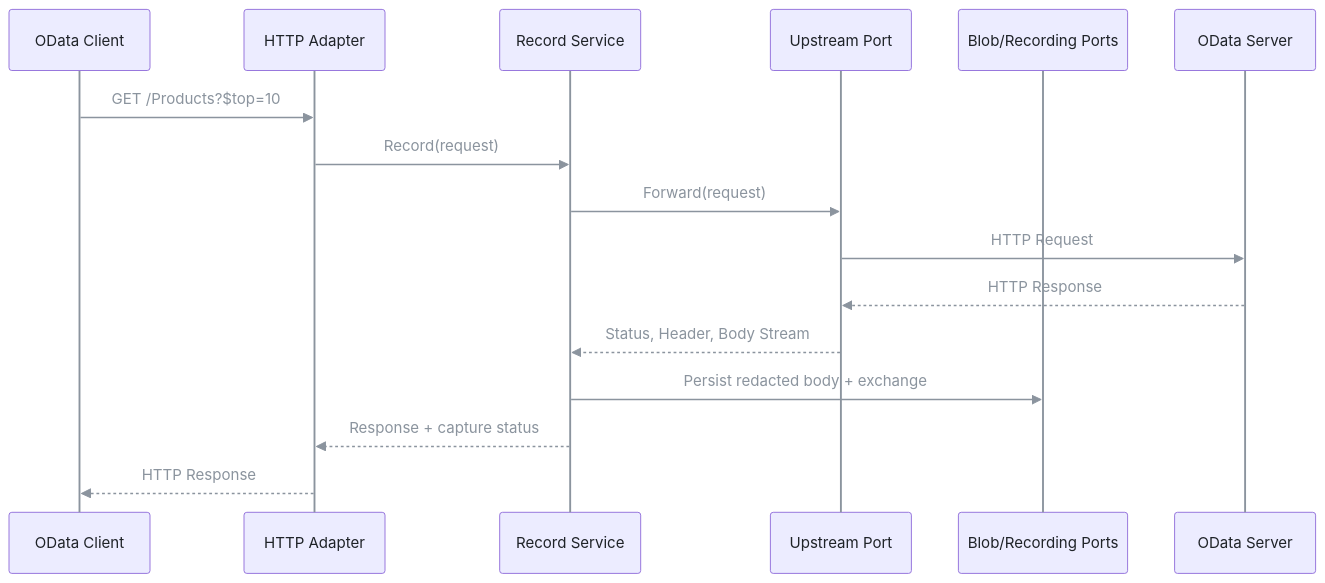
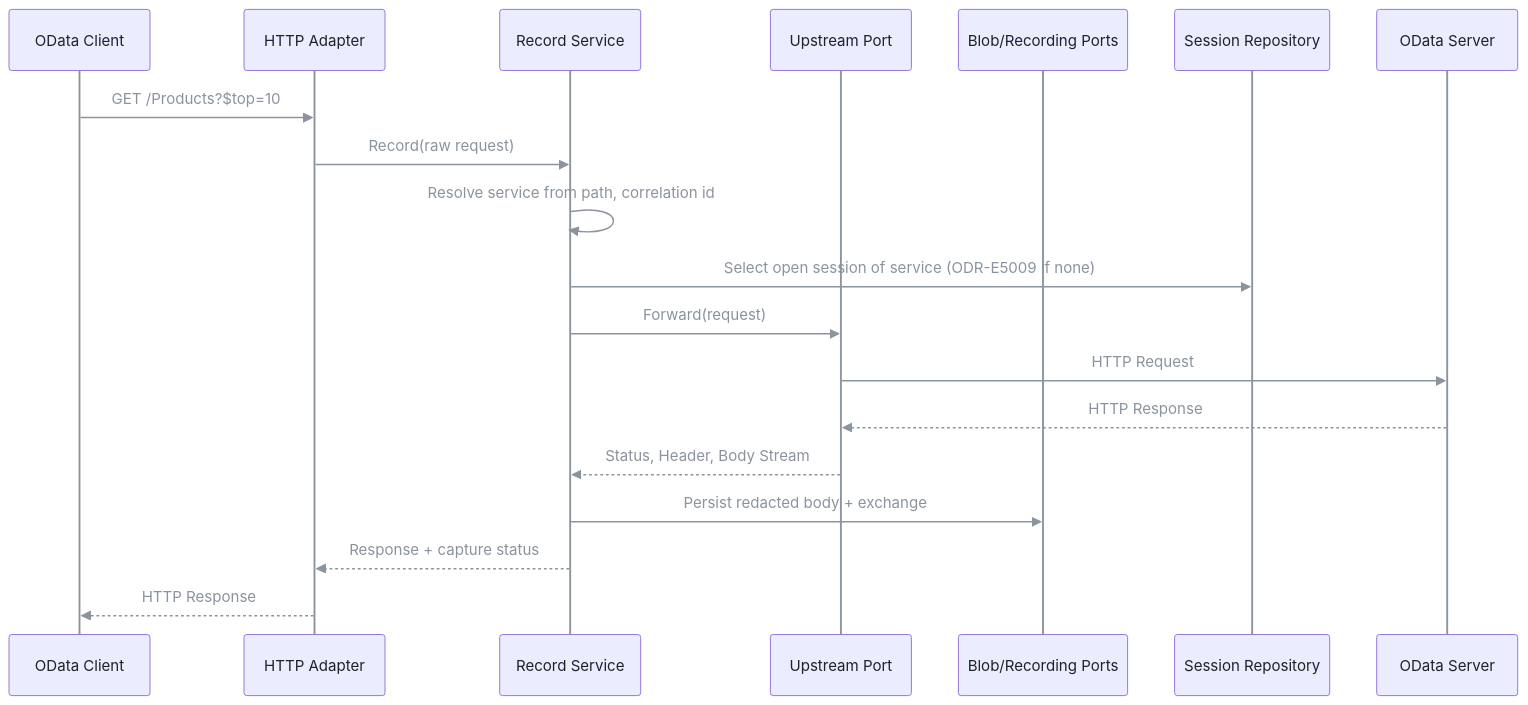
Before and after one commit to pt9912/odata-recorder: the second of 11 diagrams in spec/architecture.md, drawn with Mermaid. The commit also changed other lines of this file and 1 other file, not shown here.

Commit message:
Restbefunde V-2 bis V-6 beheben: Zyklus Maintenance/Session aufgeloest, Gateway-Rolle, ODR-E5009 bei close, Start-Session je Service (LH-FA-01, LH-FA-02)

````diff
--- a/spec/architecture.md
+++ b/spec/architecture.md
@@ -285,19 +285,22 @@
 ```mermaid
 %%{init: {'themeVariables': {'lineColor': '#8b949e', 'signalColor': '#8b949e', 'signalTextColor': '#8b949e', 'actorLineColor': '#8b949e', 'loopTextColor': '#8b949e', 'textColor': '#c9d1d9', 'primaryTextColor': '#1f2328', 'nodeTextColor': '#1f2328', 'actorTextColor': '#1f2328', 'noteTextColor': '#1f2328', 'edgeLabelBackground': '#30363d'}}}%%
 sequenceDiagram
     participant C as OData Client
     participant H as HTTP Adapter
     participant R as Record Service
     participant U as Upstream Port
     participant B as Blob/Recording Ports
+    participant Q as Session Repository
     participant S as OData Server
     C->>H: GET /Products?$top=10
-    H->>R: Record(request)
+    H->>R: Record(raw request)
+    R->>R: Resolve service from path, correlation id
+    R->>Q: Select open session of service (ODR-E5009 if none)
     R->>U: Forward(request)
     U->>S: HTTP Request
     S-->>U: HTTP Response
     U-->>R: Status, Header, Body Stream
     R->>B: Persist redacted body + exchange
     R-->>H: Response + capture status
     H-->>C: HTTP Response
 ```
````
